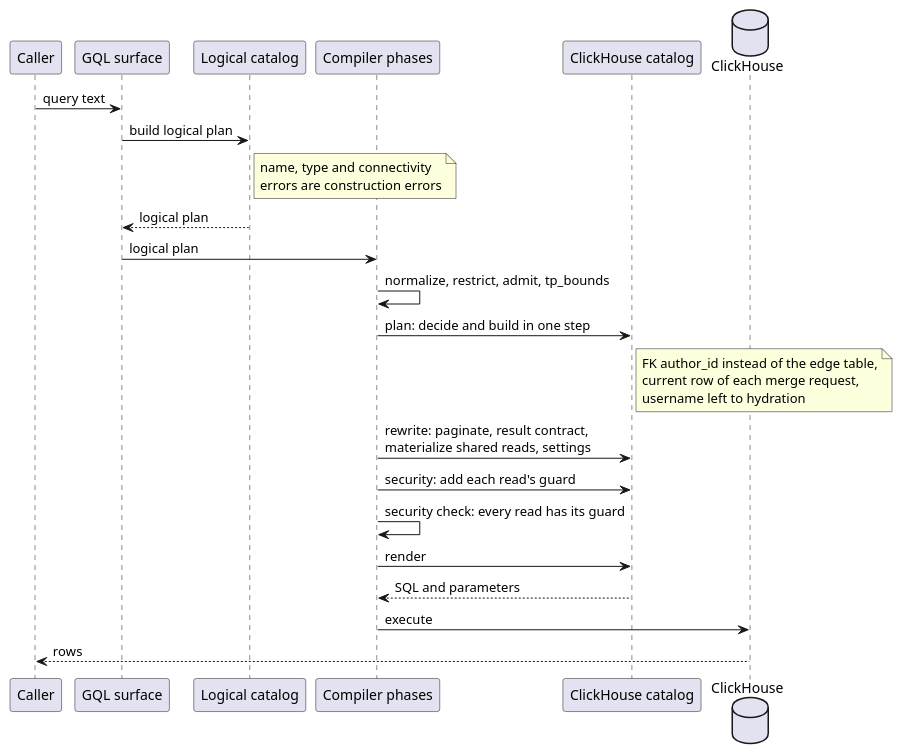
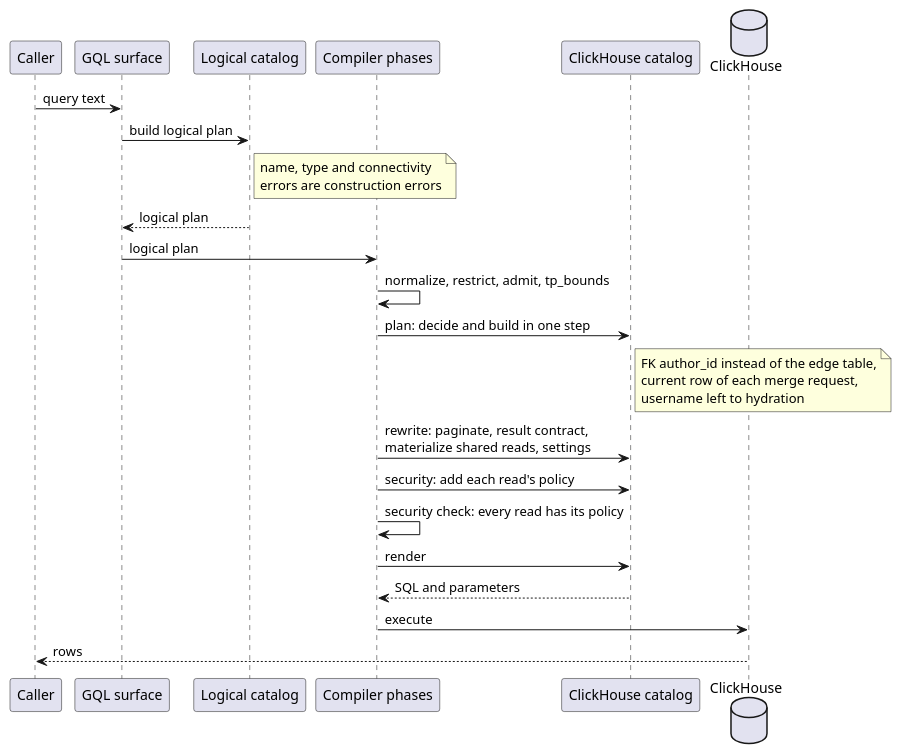
Before and after one commit to gitlabhq/orbit-knowledge-graph: the sixth of 7 diagrams in docs/pages/engineering/adr/024_pluggable_data_model.md, drawn with PlantUML. The commit also changed other lines of this file, not shown here.

````diff
--- a/docs/pages/engineering/adr/024_pluggable_data_model.md
+++ b/docs/pages/engineering/adr/024_pluggable_data_model.md
@@ -331,32 +369,32 @@
 ```plantuml
 @startuml
 set separator none
 skinparam shadowing false
 participant Caller
 participant "GQL surface" as S
 participant "Logical catalog" as LC
 participant "Compiler phases" as E
 participant "ClickHouse catalog" as C
 database ClickHouse as CH
 
 Caller -> S : query text
 S -> LC : build logical plan
 note right of LC : name, type and connectivity\nerrors are construction errors
 LC --> S : logical plan
 S -> E : logical plan
 E -> E : normalize, restrict, admit, tp_bounds
 E -> C : plan: decide and build in one step
 note right of C
   FK author_id instead of the edge table,
   current row of each merge request,
   username left to hydration
 end note
 E -> C : rewrite: paginate, result contract,\nmaterialize shared reads, settings
-E -> C : security: add each read's guard
-E -> E : security check: every read has its guard
+E -> C : security: add each read's policy
+E -> E : security check: every read has its policy
 E -> C : render
 C --> E : SQL and parameters
 E -> CH : execute
 CH --> Caller : rows
 @enduml
 ```
````
